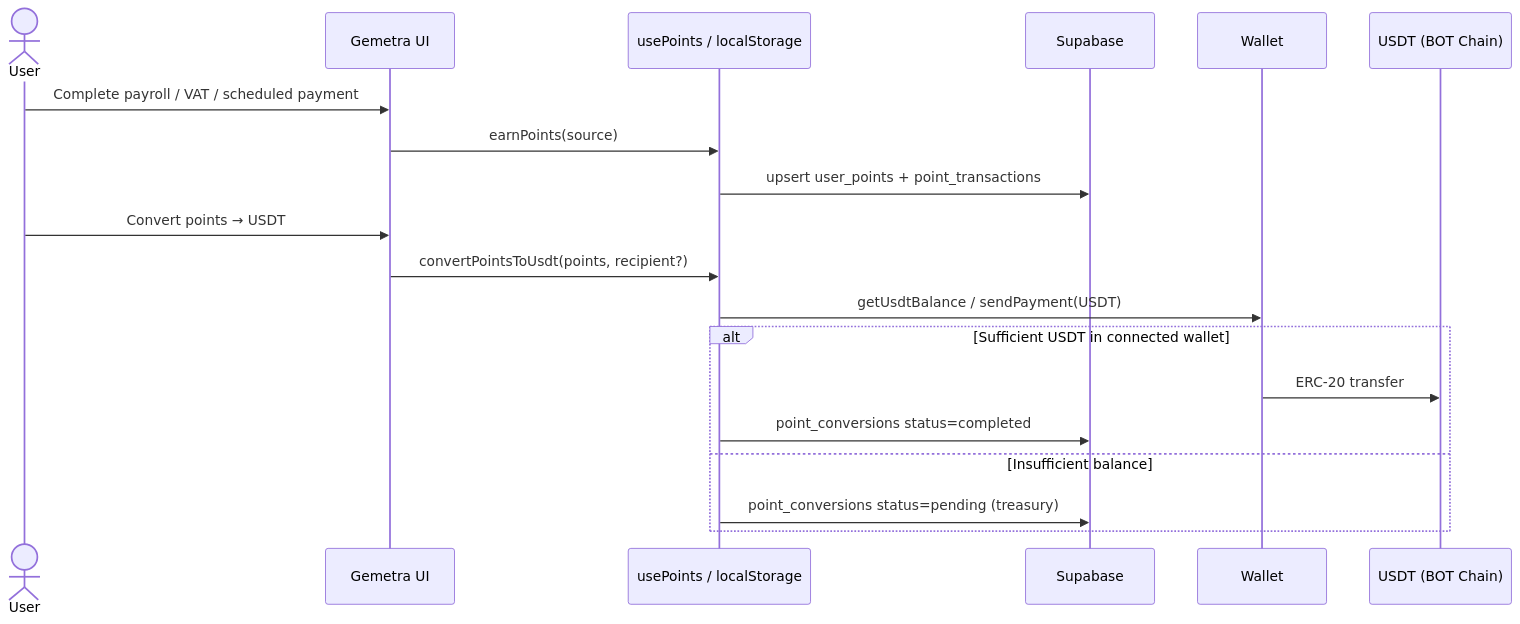
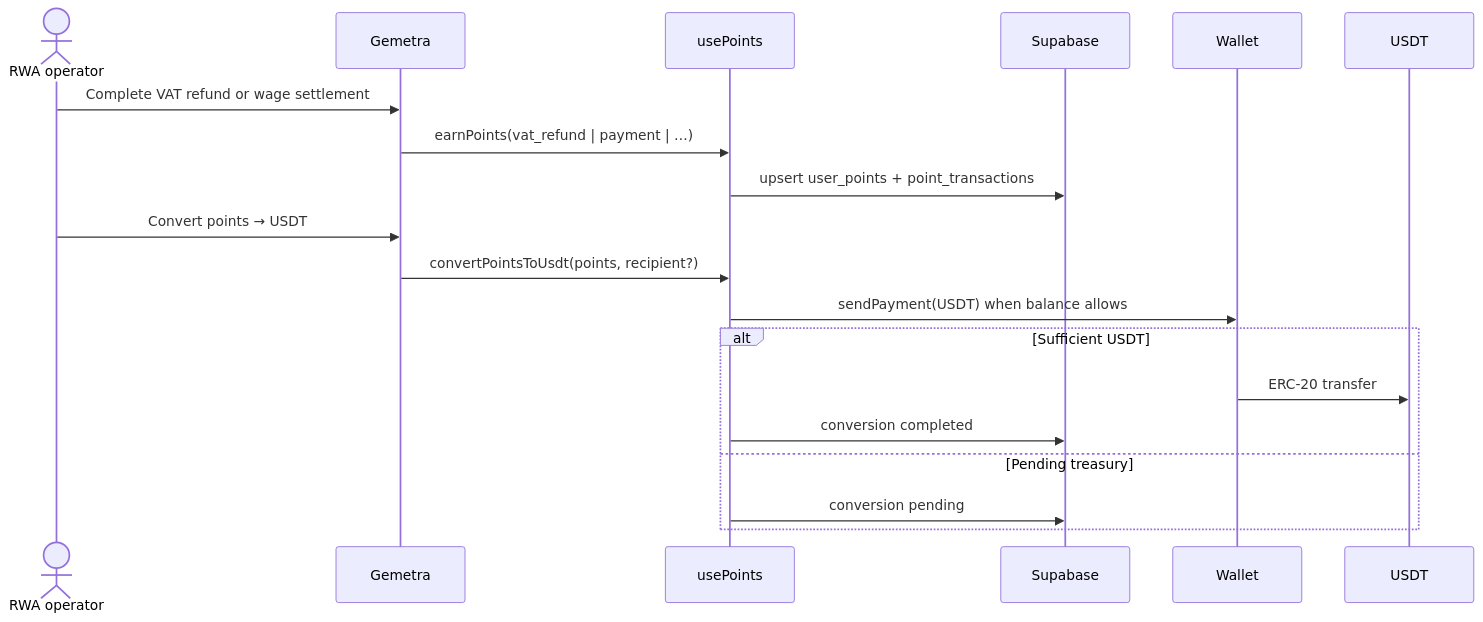
One commit to AmaanSayyad/Gemetra-BotChain changed the second of 3 diagrams in POINTS_SYSTEM.md. Above: the diagram before and after it, drawn with Mermaid. The commit also changed other lines of this file and 4 other files, not shown here.

````diff
--- a/POINTS_SYSTEM.md
+++ b/POINTS_SYSTEM.md
@@ -9,23 +26,23 @@
 ```mermaid
 sequenceDiagram
-  actor User
-  participant UI as Gemetra UI
-  participant Pts as usePoints / localStorage
+  actor Op as RWA operator
+  participant UI as Gemetra
+  participant Pts as usePoints
   participant SB as Supabase
   participant W as Wallet
-  participant U as USDT (BOT Chain)
+  participant U as USDT
 
-  User->>UI: Complete payroll / VAT / scheduled payment
-  UI->>Pts: earnPoints(source)
+  Op->>UI: Complete VAT refund or wage settlement
+  UI->>Pts: earnPoints(vat_refund | payment | …)
   Pts->>SB: upsert user_points + point_transactions
 
-  User->>UI: Convert points → USDT
+  Op->>UI: Convert points → USDT
   UI->>Pts: convertPointsToUsdt(points, recipient?)
-  Pts->>W: getUsdtBalance / sendPayment(USDT)
-  alt Sufficient USDT in connected wallet
+  Pts->>W: sendPayment(USDT) when balance allows
+  alt Sufficient USDT
     W->>U: ERC-20 transfer
-    Pts->>SB: point_conversions status=completed
-  else Insufficient balance
-    Pts->>SB: point_conversions status=pending (treasury)
+    Pts->>SB: conversion completed
+  else Pending treasury
+    Pts->>SB: conversion pending
   end
 ```
````
